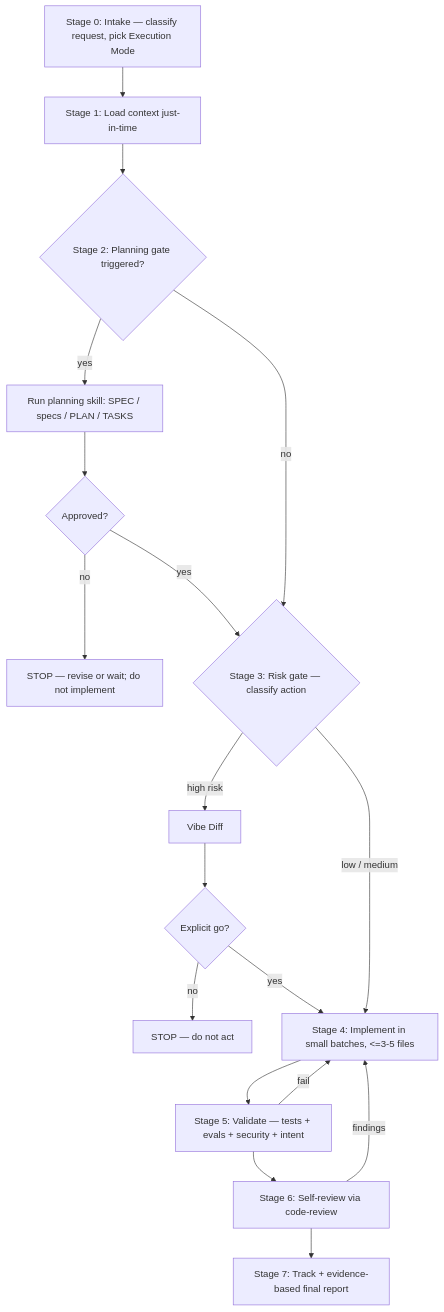
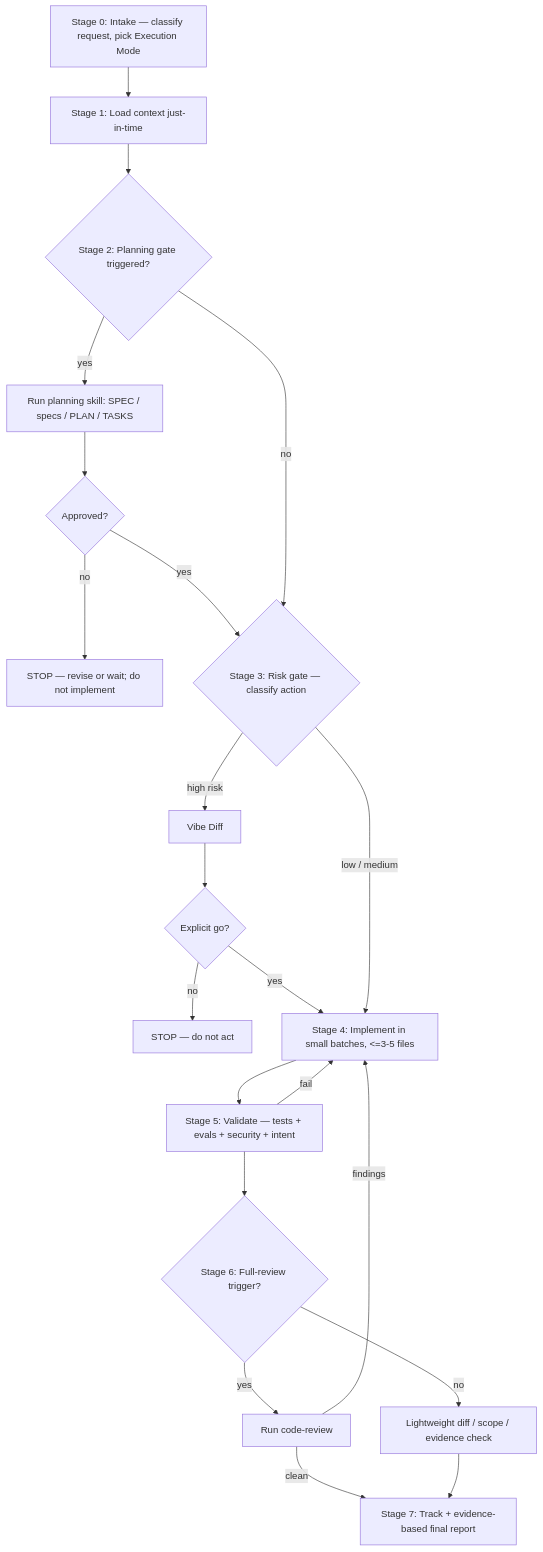
The diagram in docs/AGENT_WORKFLOWS.md (EvgenVer/Agents-tollkit), drawn with Mermaid before and after one commit. The commit also changed other lines of this file and 13 other files, not shown here.

````diff
--- a/docs/AGENT_WORKFLOWS.md
+++ b/docs/AGENT_WORKFLOWS.md
@@ -10,20 +10,24 @@
 ```mermaid
 flowchart TD
     A[Stage 0: Intake — classify request, pick Execution Mode] --> B[Stage 1: Load context just-in-time]
     B --> C{Stage 2: Planning gate triggered?}
     C -- yes --> P[Run planning skill: SPEC / specs / PLAN / TASKS]
     P --> PA{Approved?}
     PA -- no --> PS[STOP — revise or wait; do not implement]
     PA -- yes --> D{Stage 3: Risk gate — classify action}
     C -- no --> D
     D -- high risk --> V[Vibe Diff]
     V --> VA{Explicit go?}
     VA -- no --> VS[STOP — do not act]
     VA -- yes --> E[Stage 4: Implement in small batches, <=3-5 files]
     D -- low / medium --> E
     E --> F[Stage 5: Validate — tests + evals + security + intent]
     F -- fail --> E
-    F --> G[Stage 6: Self-review via code-review]
-    G -- findings --> E
-    G --> H[Stage 7: Track + evidence-based final report]
+    F --> G{Stage 6: Full-review trigger?}
+    G -- yes --> R[Run code-review]
+    R -- findings --> E
+    R -- clean --> H
+    G -- no --> L[Lightweight diff / scope / evidence check]
+    L --> H
+    H[Stage 7: Track + evidence-based final report]
 ```
````
